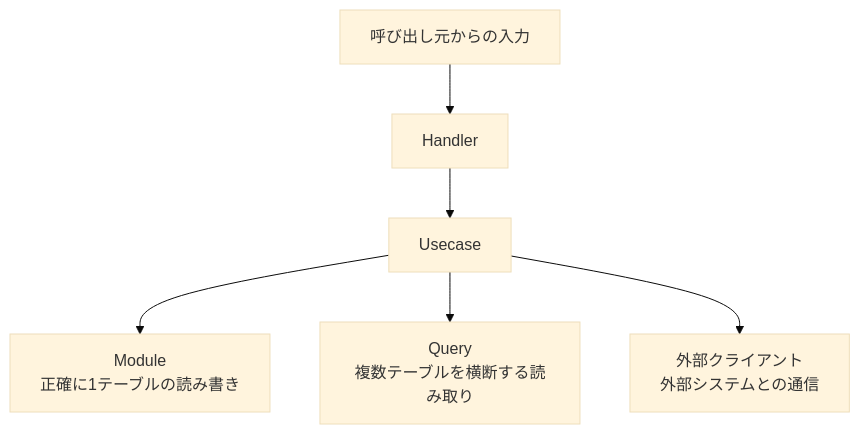
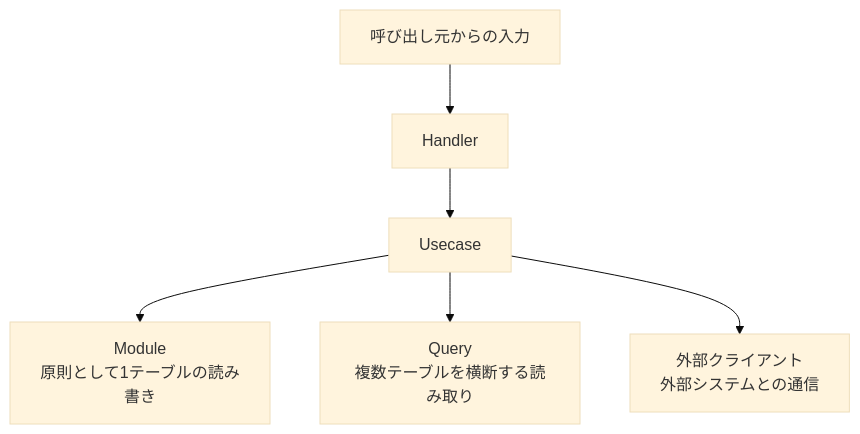
One commit to kodaimura/humq changed the diagram in docs/01-overview.ja.md. Above: the diagram before and after it, drawn with Mermaid (base theme). The commit also changed other lines of this file and 13 other files, not shown here.

````diff
--- a/docs/01-overview.ja.md
+++ b/docs/01-overview.ja.md
@@ -30,8 +30,8 @@
 ```mermaid
 flowchart TD
     input["呼び出し元からの入力"] --> handler["Handler"]
     handler --> usecase["Usecase"]
-    usecase --> module["Module<br>正確に1テーブルの読み書き"]
+    usecase --> module["Module<br>原則として1テーブルの読み書き"]
     usecase --> query["Query<br>複数テーブルを横断する読み取り"]
     usecase --> client["外部クライアント<br>外部システムとの通信"]
 ```
````
